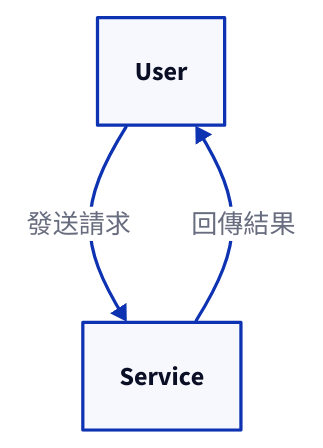
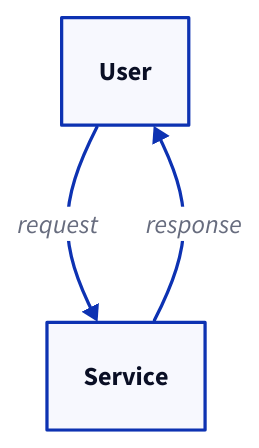
The diagram in README.md (jason9075/agentUML), drawn with D2 before and after one commit. The commit also changed other lines of this file and 1 other file, not shown here.

````diff
--- a/README.md
+++ b/README.md
@@ -62,5 +56,5 @@
 ```d2
 # diagrams/my-diagram.d2
-User -> Service: 發送請求
-Service -> User: 回傳結果
+User -> Service: request
+Service -> User: response
 ```
````
